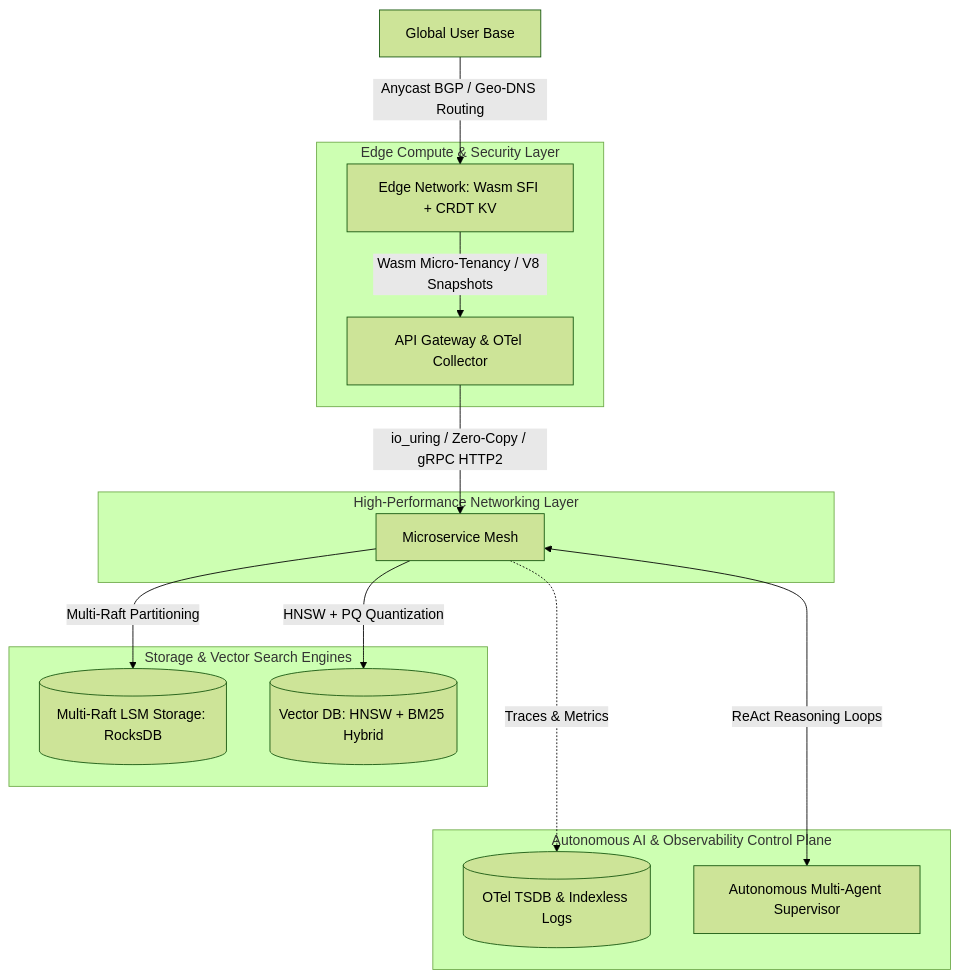
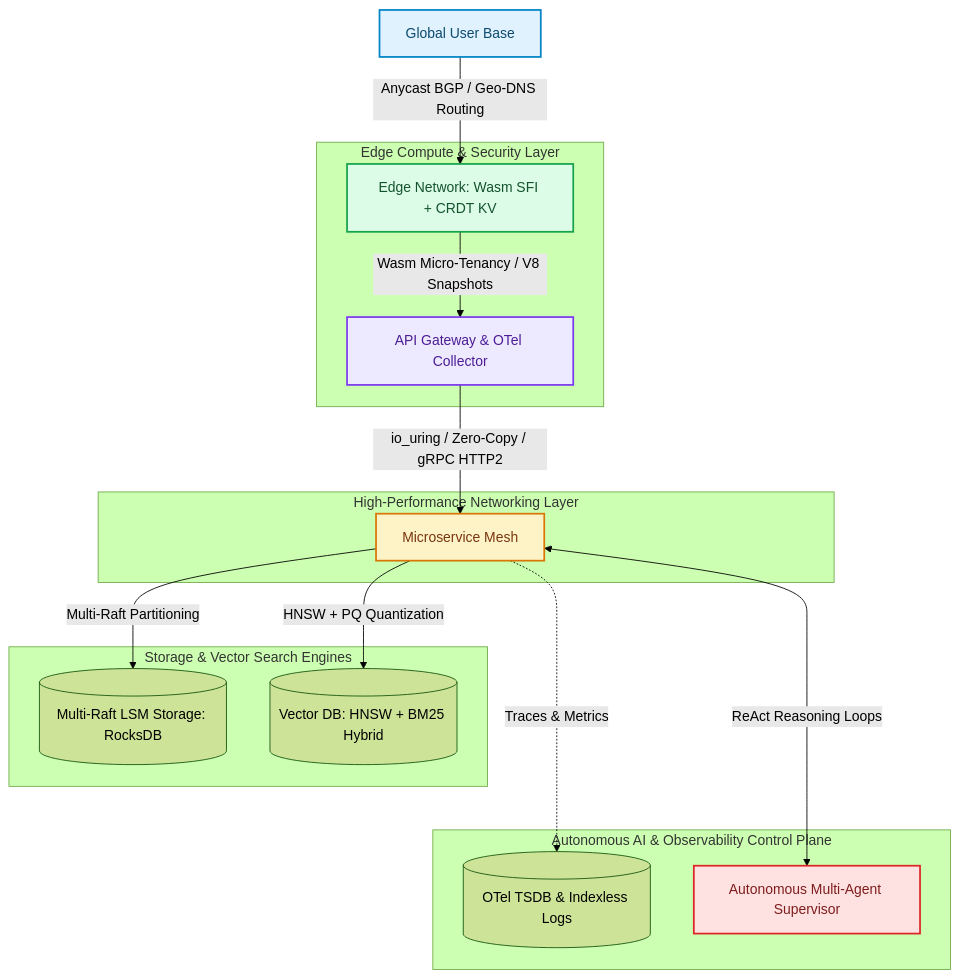
The diagram in blog/posts/300-posts-milestone-architectural-patterns-ultra-scale-engineering-systems.md (akmalkhaniub/akmalkhaniub.github.io), drawn with Mermaid (forest theme) before and after one commit. The commit also changed other lines of this file and 1291 other files, not shown here.

First line of the commit message:
feat(catalog): unique covers, scholarly references, and diagram palettes

````diff
--- a/blog/posts/300-posts-milestone-architectural-patterns-ultra-scale-engineering-systems.md
+++ b/blog/posts/300-posts-milestone-architectural-patterns-ultra-scale-engineering-systems.md
@@ -17,22 +17,33 @@
 ```mermaid
 flowchart TD
-  User[Global User Base] -->|Anycast BGP / Geo-DNS Routing| Edge[Edge Network: Wasm SFI + CRDT KV]
+  User["Global User Base"] -->|Anycast BGP / Geo-DNS Routing| Edge["Edge Network: Wasm SFI + CRDT KV"]
   
   subgraph SG1_EdgeComputeSecurity ["Edge Compute & Security Layer"]
-    Edge -->|Wasm Micro-Tenancy / V8 Snapshots| API[API Gateway & OTel Collector]
+    Edge -->|Wasm Micro-Tenancy / V8 Snapshots| API["API Gateway & OTel Collector"]
   end
   
   subgraph SG2_HighPerformanceNetworking ["High-Performance Networking Layer"]
-    API -->|io_uring / Zero-Copy / gRPC HTTP2| Services[Microservice Mesh]
+    API -->|io_uring / Zero-Copy / gRPC HTTP2| Services["Microservice Mesh"]
   end
   
   subgraph SG3_StorageVectorSearch ["Storage & Vector Search Engines"]
     Services -->|Multi-Raft Partitioning| DistributedDB[(Multi-Raft LSM Storage: RocksDB)]
     Services -->|HNSW + PQ Quantization| VectorDB[(Vector DB: HNSW + BM25 Hybrid)]
   end
   
   subgraph SG4_AutonomousAiObservability ["Autonomous AI & Observability Control Plane"]
     Services -.->|Traces & Metrics| Observability[(OTel TSDB & Indexless Logs)]
-    Services <--->|ReAct Reasoning Loops| Agents[Autonomous Multi-Agent Supervisor]
+    Services <--->|ReAct Reasoning Loops| Agents["Autonomous Multi-Agent Supervisor"]
   end
+
+classDef green fill:#dcfce7,stroke:#16a34a,stroke-width:2px,color:#14532d;
+classDef red fill:#fee2e2,stroke:#dc2626,stroke-width:2px,color:#7f1d1d;
+classDef blue fill:#e0f2fe,stroke:#0284c7,stroke-width:2px,color:#0c4a6e;
+classDef yellow fill:#fef3c7,stroke:#d97706,stroke-width:2px,color:#78350f;
+classDef purple fill:#ede9fe,stroke:#7c3aed,stroke-width:2px,color:#4c1d95;
+class User blue
+class Edge green
+class API purple
+class Services yellow
+class Agents red
 ```
````
